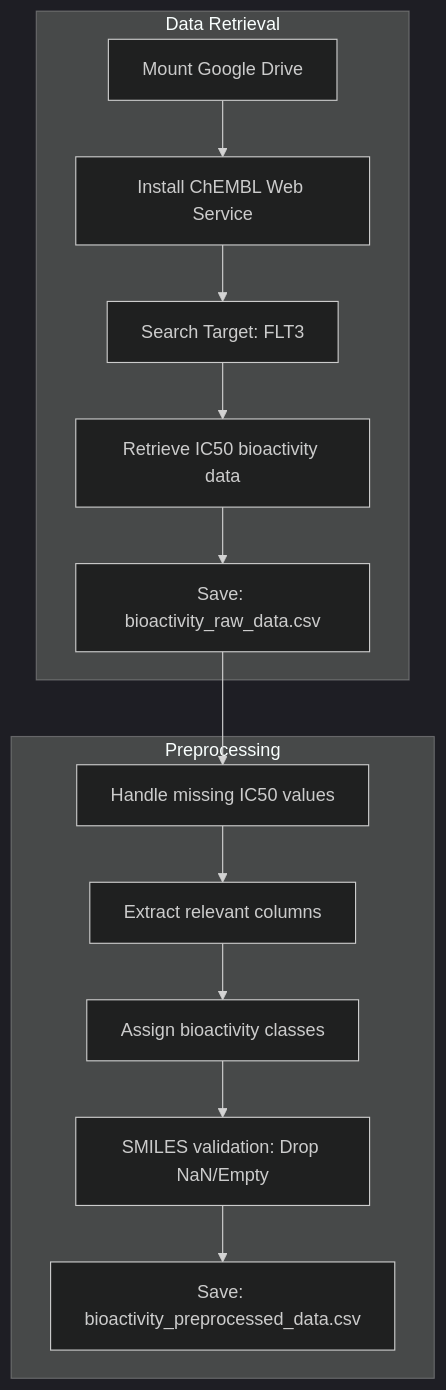
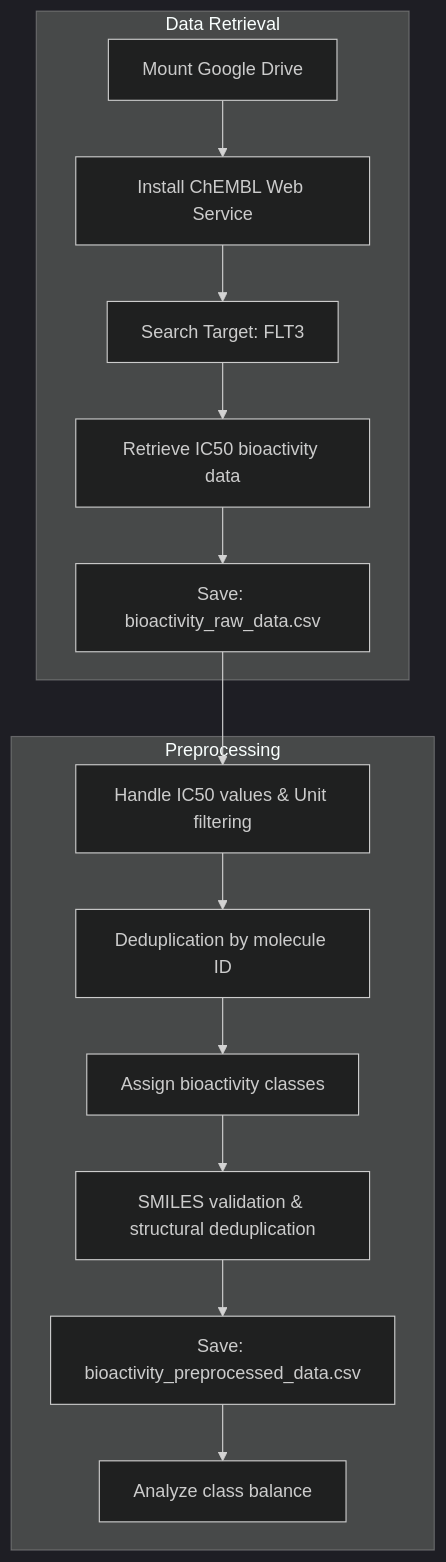
One commit to lmVl12/AI_and_Drug_Discovery_Course_2026 changed the diagram in README.md. Above: the diagram before and after it, drawn with Mermaid (dark theme). The commit also changed other lines of this file, not shown here.

````diff
--- a/README.md
+++ b/README.md
@@ -18,17 +18,18 @@
 ```mermaid
 flowchart TD
     subgraph Stage1 [Data Retrieval]
     A[Mount Google Drive] --> B[Install ChEMBL Web Service]
     B --> C[Search Target: FLT3]
     C --> D[Retrieve IC50 bioactivity data]
     D --> E[Save: bioactivity_raw_data.csv]
     end
 
     subgraph Stage2 [Preprocessing]
-    E --> F[Handle missing IC50 values]
-    F --> G[Extract relevant columns]
-    G --> H[Assign bioactivity classes]
-    H --> I[SMILES validation: Drop NaN/Empty]
-    I --> J[Save: bioactivity_preprocessed_data.csv]
-    end
+    E --> F[Handle IC50 values & Unit filtering]
+    F --> G[Deduplication by molecule ID]
+    G --> H[Assign bioactivity classes]
+    H --> I[SMILES validation & structural deduplication]
+    I --> J[Save: bioactivity_preprocessed_data.csv]
+    J --> K[Analyze class balance]
+    end
 ```
````
